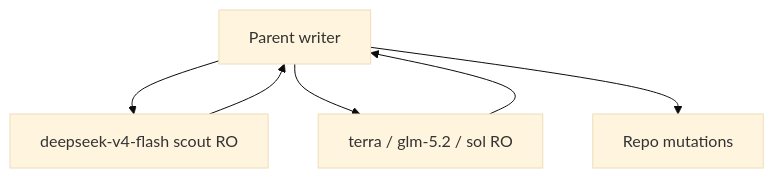
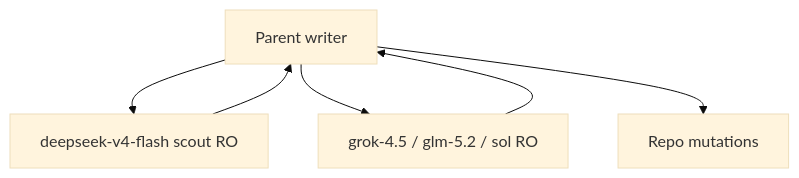
The sixth of 6 diagrams in docs/workflow-guide.md (Tonours/etabli), drawn with Mermaid (base theme) before and after one commit. The commit also changed other lines of this file and 14 other files, not shown here.

````diff
--- a/docs/workflow-guide.md
+++ b/docs/workflow-guide.md
@@ -198,8 +198,8 @@
 ```mermaid
 flowchart TB
   Parent[Parent writer] --> Scout[deepseek-v4-flash scout RO]
-  Parent --> Council[terra / glm-5.2 / sol RO]
+  Parent --> Council[grok-4.5 / glm-5.2 / sol RO]
   Scout --> Parent
   Council --> Parent
   Parent --> Git[Repo mutations]
 ```
````
